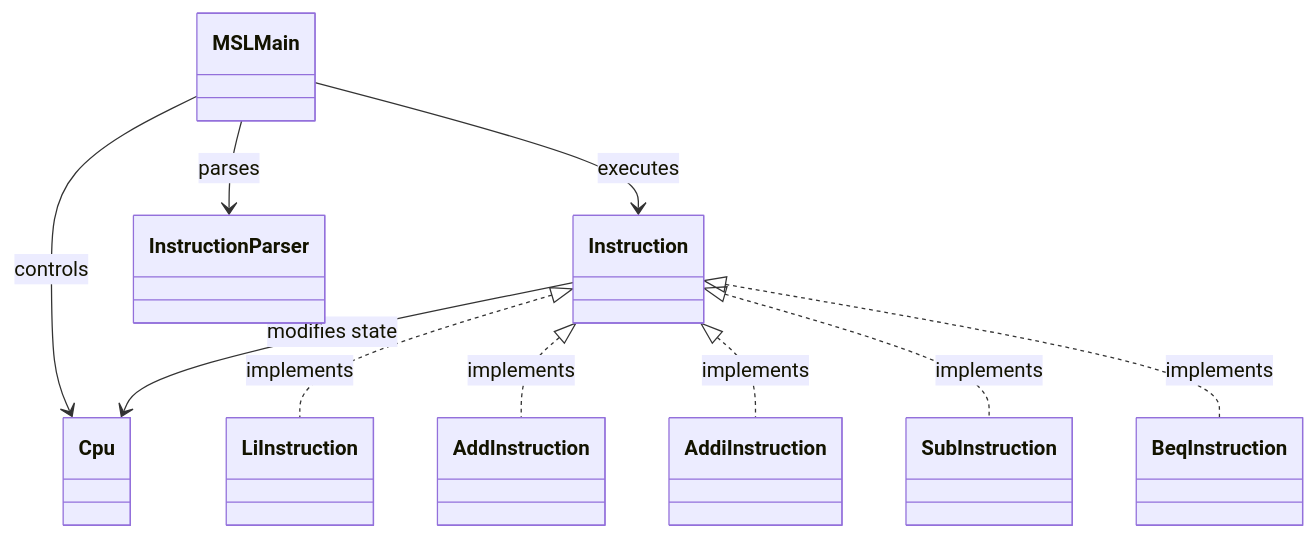
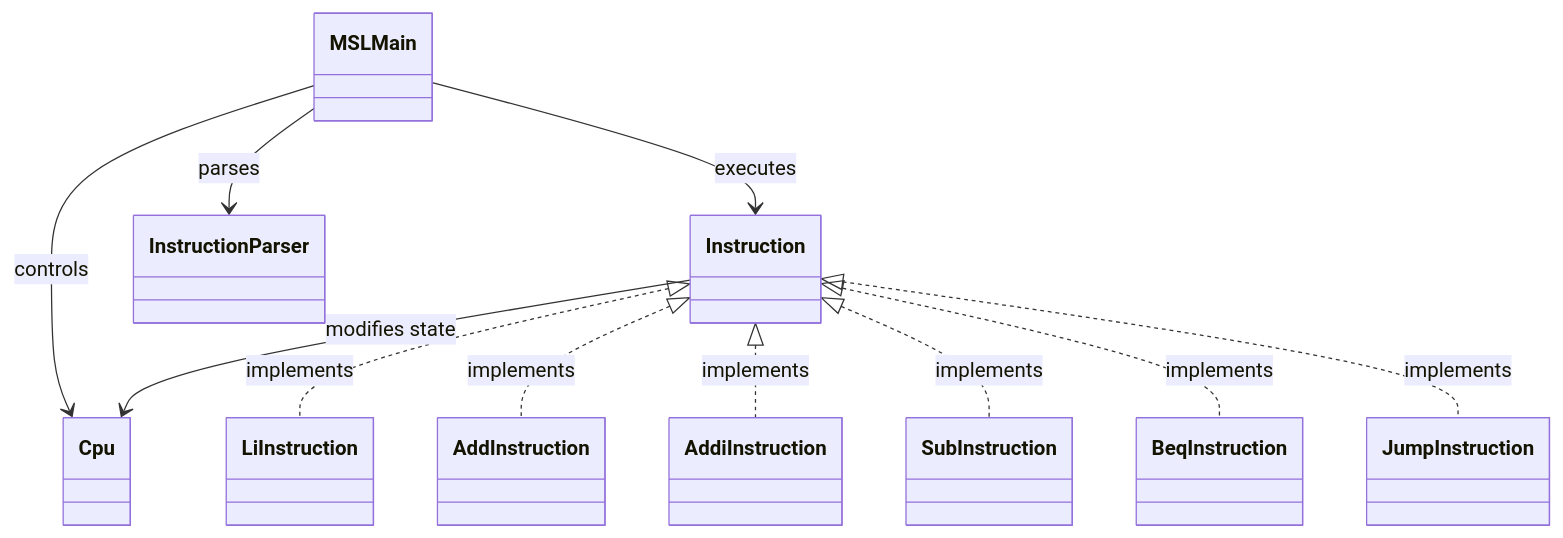
The diagram in README.md (mkunori/MipsStepLab), drawn with Mermaid before and after one commit. The commit also changed 3 other files, not shown here.

````diff
--- a/README.md
+++ b/README.md
@@ -76,23 +76,25 @@
 ```mermaid
 classDiagram
   class MSLMain
   class Cpu
   class Instruction
   class LiInstruction
   class AddInstruction
   class AddiInstruction
   class SubInstruction
   class BeqInstruction
+  class JumpInstruction
 
   Instruction <|.. LiInstruction : implements
   Instruction <|.. AddInstruction : implements
   Instruction <|.. AddiInstruction : implements
   Instruction <|.. SubInstruction : implements
   Instruction <|.. BeqInstruction : implements
+  Instruction <|.. JumpInstruction : implements
 
   MSLMain --> InstructionParser : parses
   MSLMain --> Cpu : controls
   MSLMain --> Instruction : executes
 
   Instruction --> Cpu : modifies state
 ```
````
